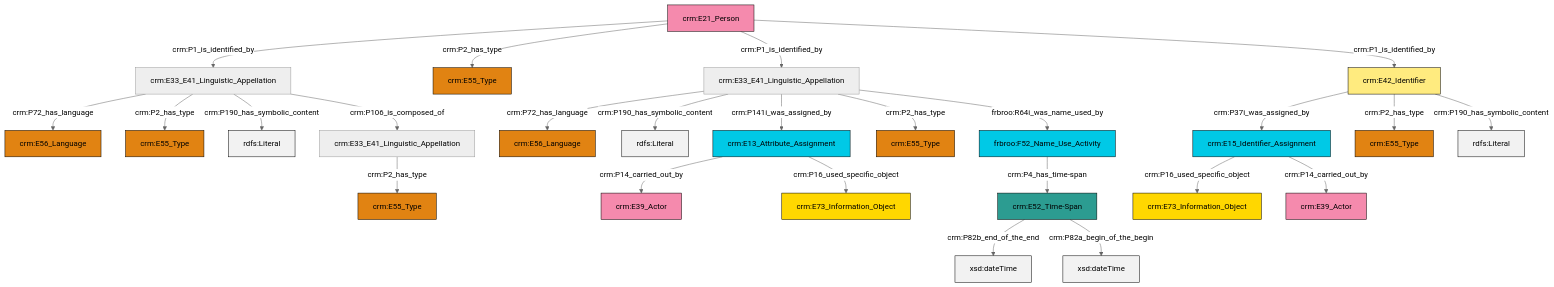
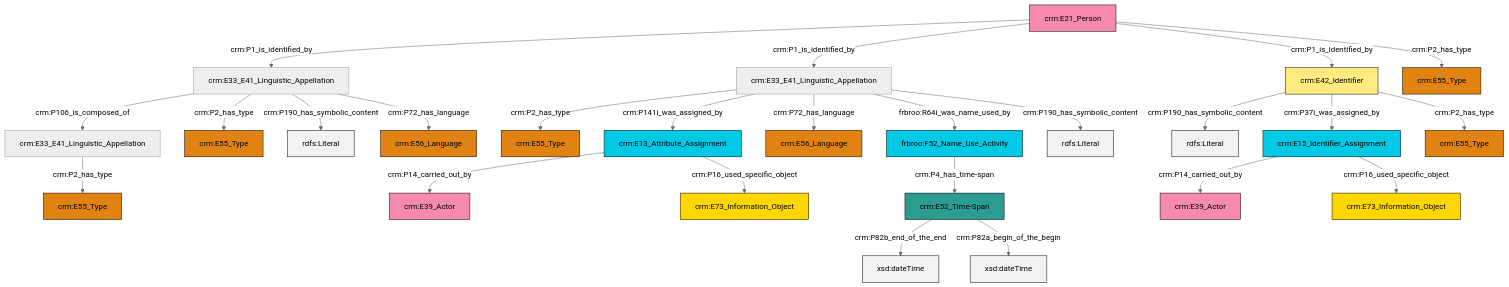
The diagram in et/personCSV/ttl/mmd/Person_Names_and_Classification.ttl.mmd (swiss-art-research-net/reference-data-models), drawn with Mermaid (neutral theme) before and after one commit. The commit also changed 130 other files, not shown here.

```diff
--- a/et/personCSV/ttl/mmd/Person_Names_and_Classification.ttl.mmd
+++ b/et/personCSV/ttl/mmd/Person_Names_and_Classification.ttl.mmd
@@ -1,39 +1,39 @@
 graph TD
 classDef Literal fill:#f2f2f2,stroke:#000000;
 classDef CRM_Entity fill:#FFFFFF,stroke:#000000;
 classDef Temporal_Entity fill:#00C9E6, stroke:#000000;
 classDef Type fill:#E18312, stroke:#000000;
 classDef Time-Span fill:#2C9C91, stroke:#000000;
 classDef Appellation fill:#FFEB7F, stroke:#000000;
 classDef Place fill:#008836, stroke:#000000;
 classDef Persistent_Item fill:#B266B2, stroke:#000000;
 classDef Conceptual_Object fill:#FFD700, stroke:#000000;
 classDef Physical_Thing fill:#D2B48C, stroke:#000000;
 classDef Actor fill:#f58aad, stroke:#000000;
 classDef PC_Classes fill:#4ce600, stroke:#000000;
 classDef Multi fill:#cccccc,stroke:#000000;
 
-0["crm:E15_Identifier_Assignment"]:::Temporal_Entity -->|crm:P16_used_specific_object| 1["crm:E73_Information_Object"]:::Conceptual_Object
-2["crm:E21_Person"]:::Actor -->|crm:P1_is_identified_by| 3["crm:E33_E41_Linguistic_Appellation"]:::Default
-2["crm:E21_Person"]:::Actor -->|crm:P2_has_type| 5["crm:E55_Type"]:::Type
-3["crm:E33_E41_Linguistic_Appellation"]:::Default -->|crm:P72_has_language| 15["crm:E56_Language"]:::Type
-3["crm:E33_E41_Linguistic_Appellation"]:::Default -->|crm:P2_has_type| 16["crm:E55_Type"]:::Type
-17["crm:E52_Time-Span"]:::Time-Span -->|crm:P82b_end_of_the_end| 18[xsd:dateTime]:::Literal
-19["frbroo:F52_Name_Use_Activity"]:::Temporal_Entity -->|crm:P4_has_time-span| 17["crm:E52_Time-Span"]:::Time-Span
-9["crm:E13_Attribute_Assignment"]:::Temporal_Entity -->|crm:P14_carried_out_by| 20["crm:E39_Actor"]:::Actor
-9["crm:E13_Attribute_Assignment"]:::Temporal_Entity -->|crm:P16_used_specific_object| 21["crm:E73_Information_Object"]:::Conceptual_Object
-24["crm:E33_E41_Linguistic_Appellation"]:::Default -->|crm:P72_has_language| 25["crm:E56_Language"]:::Type
-2["crm:E21_Person"]:::Actor -->|crm:P1_is_identified_by| 24["crm:E33_E41_Linguistic_Appellation"]:::Default
-13["crm:E42_Identifier"]:::Appellation -->|crm:P37i_was_assigned_by| 0["crm:E15_Identifier_Assignment"]:::Temporal_Entity
-17["crm:E52_Time-Span"]:::Time-Span -->|crm:P82a_begin_of_the_begin| 28[xsd:dateTime]:::Literal
-3["crm:E33_E41_Linguistic_Appellation"]:::Default -->|crm:P190_has_symbolic_content| 35[rdfs:Literal]:::Literal
-24["crm:E33_E41_Linguistic_Appellation"]:::Default -->|crm:P190_has_symbolic_content| 36[rdfs:Literal]:::Literal
-0["crm:E15_Identifier_Assignment"]:::Temporal_Entity -->|crm:P14_carried_out_by| 7["crm:E39_Actor"]:::Actor
-24["crm:E33_E41_Linguistic_Appellation"]:::Default -->|crm:P141i_was_assigned_by| 9["crm:E13_Attribute_Assignment"]:::Temporal_Entity
-2["crm:E21_Person"]:::Actor -->|crm:P1_is_identified_by| 13["crm:E42_Identifier"]:::Appellation
-13["crm:E42_Identifier"]:::Appellation -->|crm:P2_has_type| 11["crm:E55_Type"]:::Type
-24["crm:E33_E41_Linguistic_Appellation"]:::Default -->|crm:P2_has_type| 31["crm:E55_Type"]:::Type
-13["crm:E42_Identifier"]:::Appellation -->|crm:P190_has_symbolic_content| 41[rdfs:Literal]:::Literal
-3["crm:E33_E41_Linguistic_Appellation"]:::Default -->|crm:P106_is_composed_of| 33["crm:E33_E41_Linguistic_Appellation"]:::Default
-33["crm:E33_E41_Linguistic_Appellation"]:::Default -->|crm:P2_has_type| 42["crm:E55_Type"]:::Type
-24["crm:E33_E41_Linguistic_Appellation"]:::Default -->|frbroo:R64i_was_name_used_by| 19["frbroo:F52_Name_Use_Activity"]:::Temporal_Entity
+0["crm:E21_Person"]:::Actor -->|crm:P1_is_identified_by| 1["crm:E33_E41_Linguistic_Appellation"]:::Default
+2["crm:E33_E41_Linguistic_Appellation"]:::Default -->|crm:P2_has_type| 3["crm:E55_Type"]:::Type
+6["crm:E42_Identifier"]:::Appellation -->|crm:P190_has_symbolic_content| 7[rdfs:Literal]:::Literal
+9["frbroo:F52_Name_Use_Activity"]:::Temporal_Entity -->|crm:P4_has_time-span| 10["crm:E52_Time-Span"]:::Time-Span
+1["crm:E33_E41_Linguistic_Appellation"]:::Default -->|crm:P106_is_composed_of| 12["crm:E33_E41_Linguistic_Appellation"]:::Default
+10["crm:E52_Time-Span"]:::Time-Span -->|crm:P82b_end_of_the_end| 13[xsd:dateTime]:::Literal
+6["crm:E42_Identifier"]:::Appellation -->|crm:P37i_was_assigned_by| 14["crm:E15_Identifier_Assignment"]:::Temporal_Entity
+12["crm:E33_E41_Linguistic_Appellation"]:::Default -->|crm:P2_has_type| 16["crm:E55_Type"]:::Type
+1["crm:E33_E41_Linguistic_Appellation"]:::Default -->|crm:P2_has_type| 24["crm:E55_Type"]:::Type
+14["crm:E15_Identifier_Assignment"]:::Temporal_Entity -->|crm:P14_carried_out_by| 26["crm:E39_Actor"]:::Actor
+0["crm:E21_Person"]:::Actor -->|crm:P1_is_identified_by| 2["crm:E33_E41_Linguistic_Appellation"]:::Default
+21["crm:E13_Attribute_Assignment"]:::Temporal_Entity -->|crm:P14_carried_out_by| 29["crm:E39_Actor"]:::Actor
+2["crm:E33_E41_Linguistic_Appellation"]:::Default -->|crm:P141i_was_assigned_by| 21["crm:E13_Attribute_Assignment"]:::Temporal_Entity
+2["crm:E33_E41_Linguistic_Appellation"]:::Default -->|crm:P72_has_language| 32["crm:E56_Language"]:::Type
+6["crm:E42_Identifier"]:::Appellation -->|crm:P2_has_type| 27["crm:E55_Type"]:::Type
+21["crm:E13_Attribute_Assignment"]:::Temporal_Entity -->|crm:P16_used_specific_object| 34["crm:E73_Information_Object"]:::Conceptual_Object
+14["crm:E15_Identifier_Assignment"]:::Temporal_Entity -->|crm:P16_used_specific_object| 4["crm:E73_Information_Object"]:::Conceptual_Object
+1["crm:E33_E41_Linguistic_Appellation"]:::Default -->|crm:P190_has_symbolic_content| 36[rdfs:Literal]:::Literal
+2["crm:E33_E41_Linguistic_Appellation"]:::Default -->|frbroo:R64i_was_name_used_by| 9["frbroo:F52_Name_Use_Activity"]:::Temporal_Entity
+10["crm:E52_Time-Span"]:::Time-Span -->|crm:P82a_begin_of_the_begin| 39[xsd:dateTime]:::Literal
+2["crm:E33_E41_Linguistic_Appellation"]:::Default -->|crm:P190_has_symbolic_content| 40[rdfs:Literal]:::Literal
+0["crm:E21_Person"]:::Actor -->|crm:P1_is_identified_by| 6["crm:E42_Identifier"]:::Appellation
+1["crm:E33_E41_Linguistic_Appellation"]:::Default -->|crm:P72_has_language| 18["crm:E56_Language"]:::Type
+0["crm:E21_Person"]:::Actor -->|crm:P2_has_type| 30["crm:E55_Type"]:::Type
```
